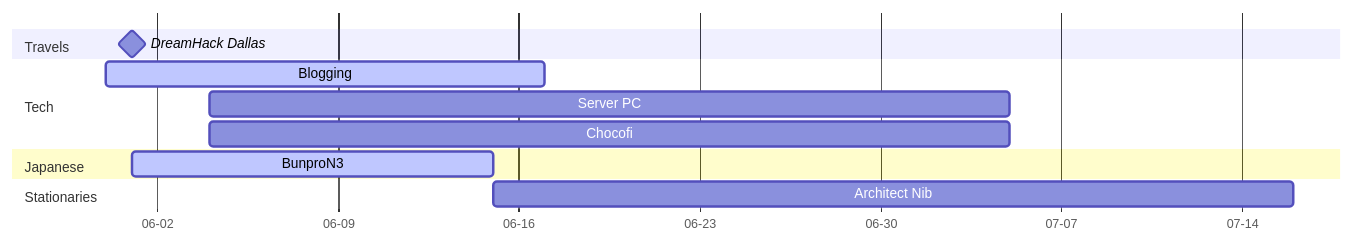
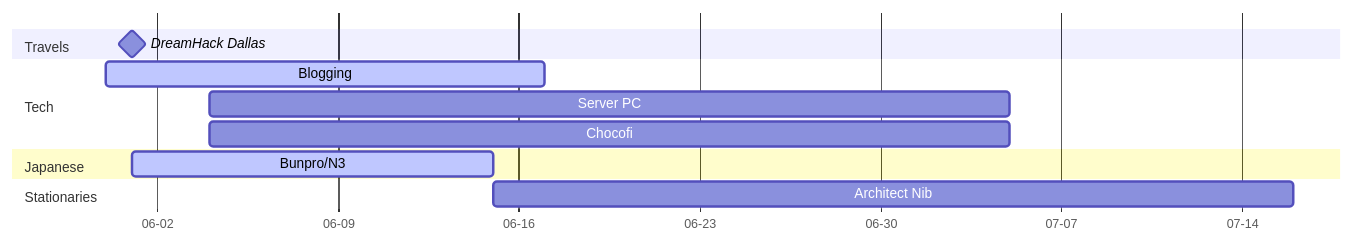
The diagram in docs/index.md (Serralq/Project-Norn), drawn with Mermaid before and after one commit. The commit also changed other lines of this file, not shown here.

Commit message:
Combine time input logs and project timeline

````diff
--- a/docs/index.md
+++ b/docs/index.md
@@ -45,22 +47,20 @@
 ``` mermaid
 gantt
     dateFormat YY-MM-DD
     axisFormat %m-%d
     tickInterval 1week
     todayMarker stroke-width:3px,stroke:#E2E4E9,opacity:0.5
     section Travels
         DreamHack Dallas          :milestone,  v1, 24-06-01, 0d
 
     section Tech
         Blogging                  :active,     t1, 24-05-31, 24-06-17
         Server PC                 :            t2, 24-06-04, 31d
         Chocofi                   :            t3, 24-06-04, 31d
 
     section Japanese
-        BunproN3                  :active,     j1, 24-06-01, 24-06-15
+        Bunpro/N3                  :active,     j1, 24-06-01, 24-06-15
     
     section Stationaries
         Architect Nib             :            s1, 24-06-15, 31d
-
-    
 ```
````
